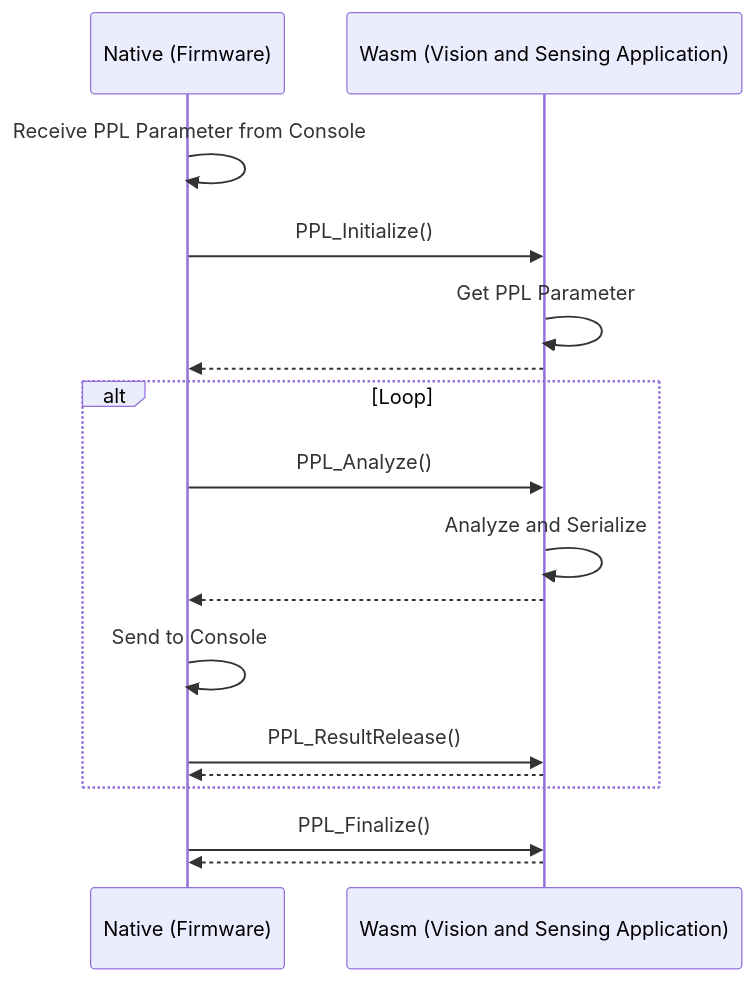
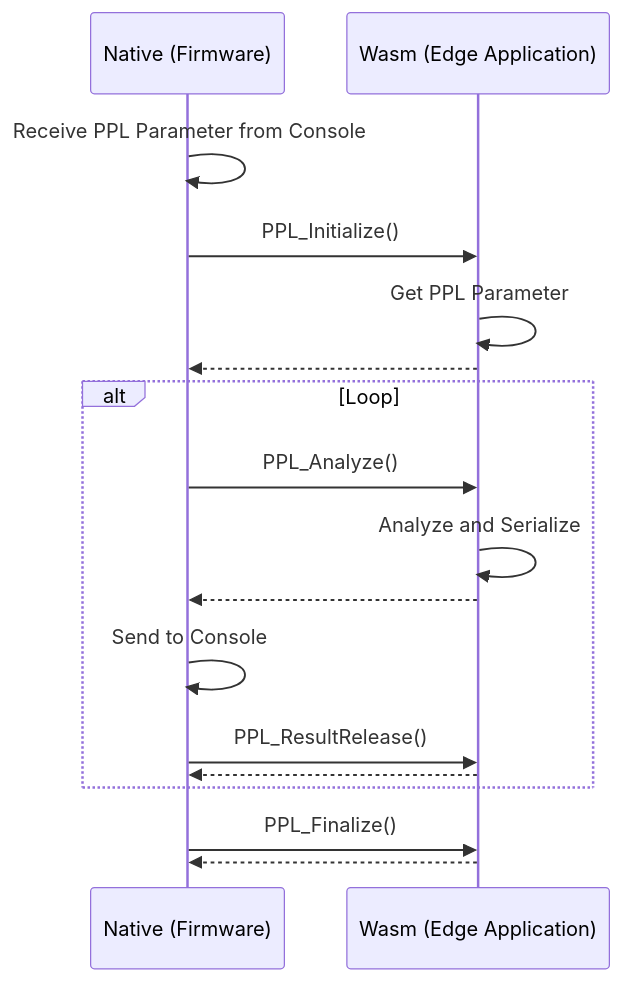
One commit to ZucchiniTang/aitrios-sdk-vision-sensing-app changed the first of 2 diagrams in tutorials/4_prepare_application/1_develop/README_migration_0.2_1.0.md. Above: the diagram before and after it, drawn with Mermaid. The commit also changed other lines of this file and 170 other files, not shown here.

````diff
--- a/tutorials/4_prepare_application/1_develop/README_migration_0.2_1.0.md
+++ b/tutorials/4_prepare_application/1_develop/README_migration_0.2_1.0.md
@@ -23,19 +23,19 @@
 ```mermaid
 sequenceDiagram
 participant Native as Native (Firmware)
-participant Wasm as Wasm (Vision and Sensing Application)
+participant Wasm as Wasm (Edge Application)
 Native->>Native: Receive PPL Parameter from Console
 Native->>Wasm: PPL_Initialize()
 Wasm->>Wasm: Get PPL Parameter
 Wasm-->>Native: 
 alt Loop
     Native->>Wasm: PPL_Analyze()
     Wasm->>Wasm: Analyze and Serialize
     Wasm-->>Native: 
     Native->>Native: Send to Console
     Native->>Wasm: PPL_ResultRelease()
     Wasm-->>Native: 
 end
 Native->>Wasm: PPL_Finalize()
 Wasm-->>Native: 
 ```
````
